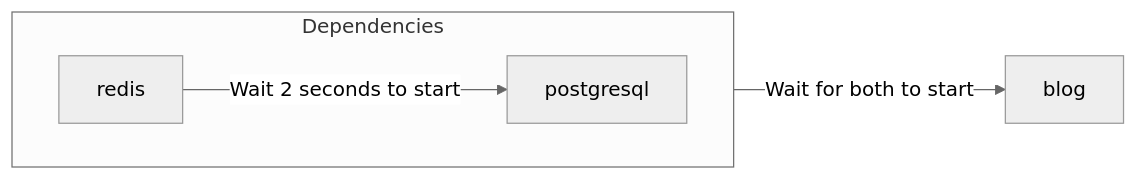
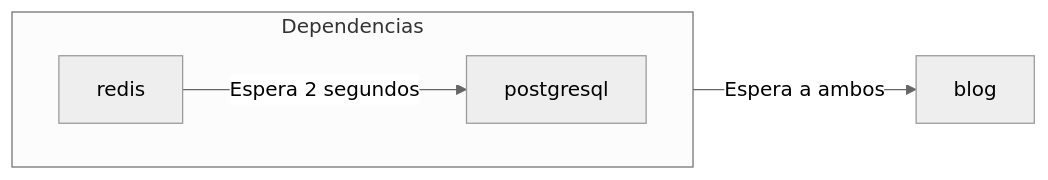
Before and after one commit to zeabur/zeabur: the diagram in docs/pages/es-ES/template/template-in-code.mdx, drawn with Mermaid (neutral theme). The commit also changed other lines of this file and 206 other files, not shown here.

````diff
--- a/docs/pages/es-ES/template/template-in-code.mdx
+++ b/docs/pages/es-ES/template/template-in-code.mdx
@@ -159,13 +155,10 @@
 ```mermaid
 graph LR
-  subgraph Dependencies
+  subgraph Dependencias
     direction LR
-
     redis
     postgresql
-
-    redis -- Wait 2 seconds to start --> postgresql
+    redis -- Espera 2 segundos --> postgresql
   end
-
-  Dependencies -- Wait for both to start --> blog
+  Dependencias -- Espera a ambos --> blog
 ```
````
